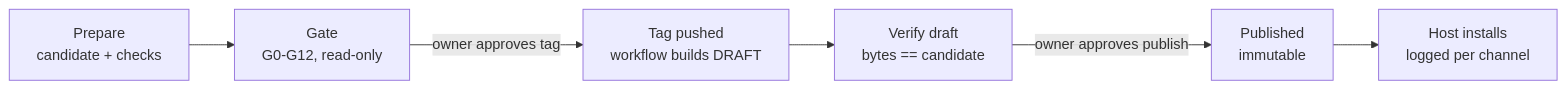
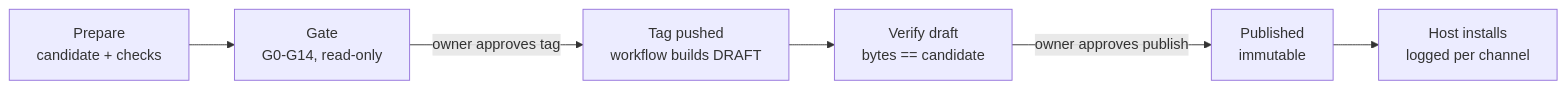
The diagram in README.md (JesseRaber/github-release), drawn with Mermaid before and after one commit. The commit also changed other lines of this file and 35 other files, not shown here.

````diff
--- a/README.md
+++ b/README.md
@@ -20,8 +20,8 @@
 ```mermaid
 flowchart LR
-    P[Prepare\ncandidate + checks] --> G[Gate\nG0-G12, read-only]
+    P[Prepare\ncandidate + checks] --> G[Gate\nG0-G14, read-only]
     G -->|owner approves tag| T[Tag pushed\nworkflow builds DRAFT]
     T --> V[Verify draft\nbytes == candidate]
     V -->|owner approves publish| R[Published\nimmutable]
     R --> H[Host installs\nlogged per channel]
 ```
````
